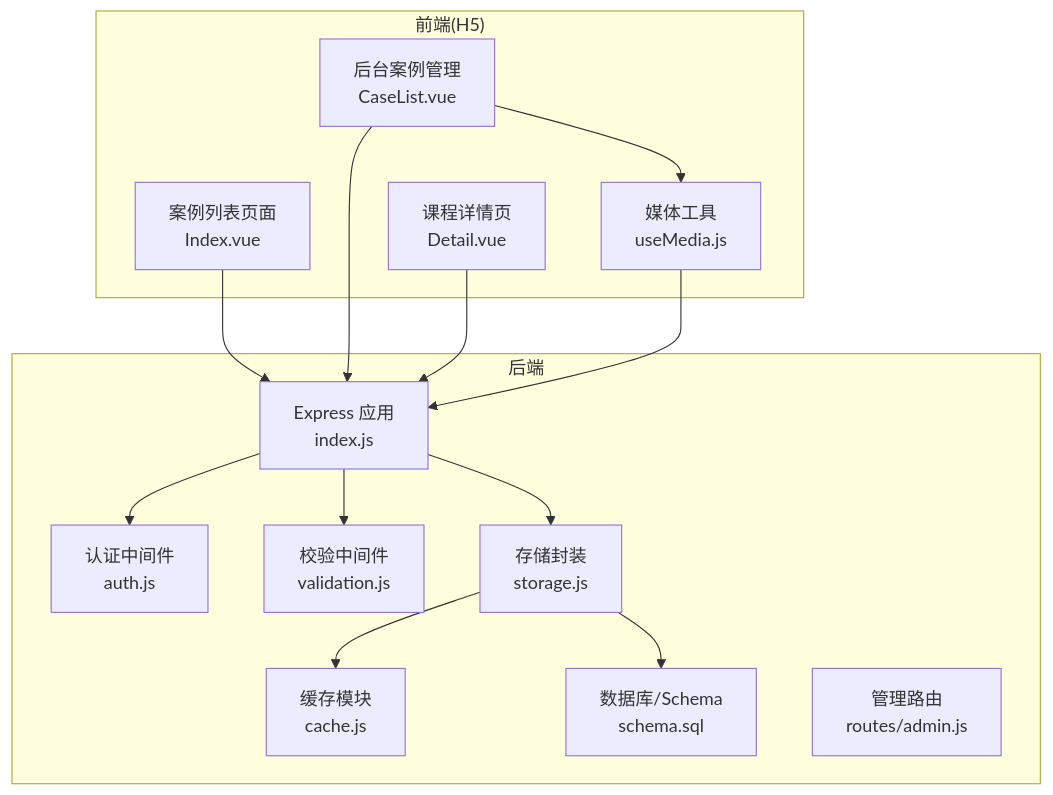
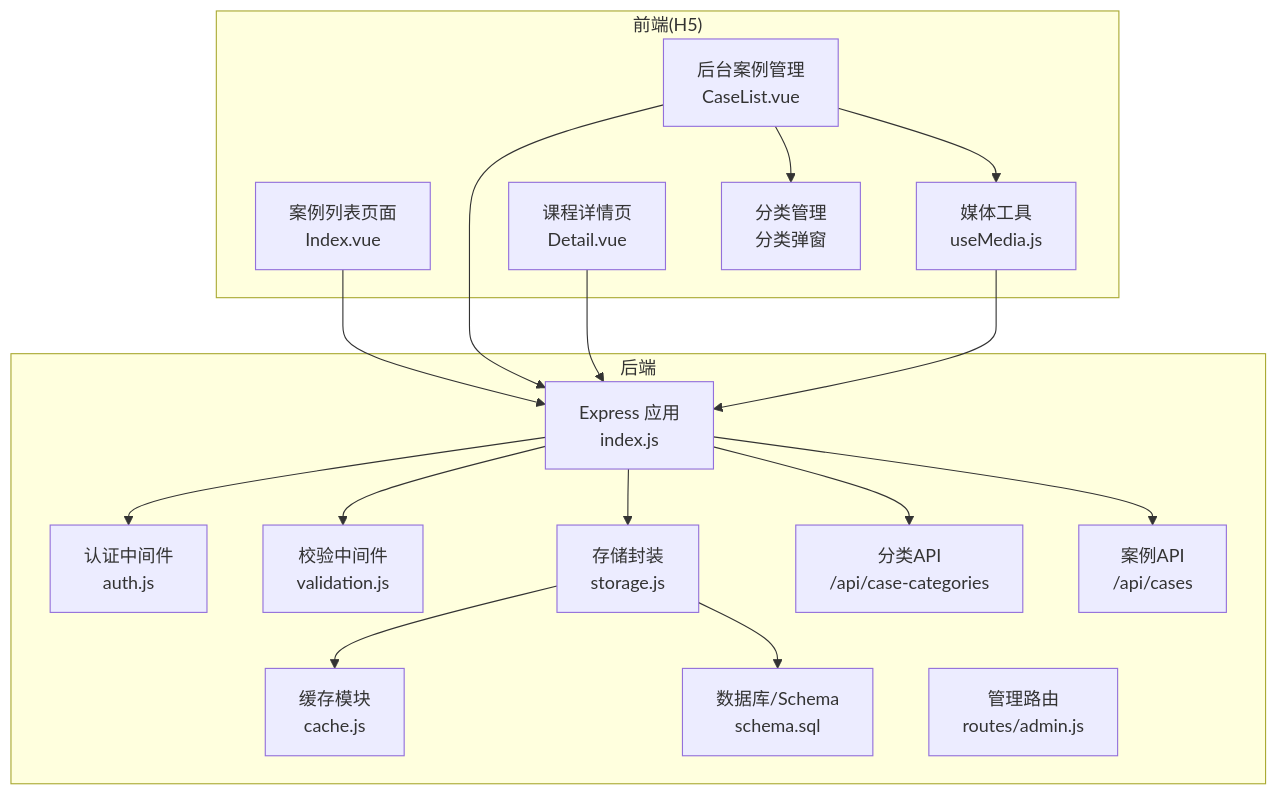
Before and after one commit to Giraffe-Han/microAPP: the first of 5 diagrams in .qoder/repowiki/zh/content/业务功能模块/案例展示系统.md, drawn with Mermaid. The commit also changed other lines of this file and 32 other files, not shown here.

````diff
--- a/.qoder/repowiki/zh/content/业务功能模块/案例展示系统.md
+++ b/.qoder/repowiki/zh/content/业务功能模块/案例展示系统.md
@@ -40,28 +51,34 @@
 ```mermaid
 graph TB
 subgraph "前端(H5)"
 CasesPage["案例列表页面<br/>Index.vue"]
 AdminCaseList["后台案例管理<br/>CaseList.vue"]
 MediaUtil["媒体工具<br/>useMedia.js"]
 StudyDetail["课程详情页<br/>Detail.vue"]
+CategoryManager["分类管理<br/>分类弹窗"]
 end
 subgraph "后端"
 API["Express 应用<br/>index.js"]
 AuthMW["认证中间件<br/>auth.js"]
 ValMW["校验中间件<br/>validation.js"]
 Store["存储封装<br/>storage.js"]
 Cache["缓存模块<br/>cache.js"]
 DB["数据库/Schema<br/>schema.sql"]
 AdminRoutes["管理路由<br/>routes/admin.js"]
+CategoryAPI["分类API<br/>/api/case-categories"]
+CaseAPI["案例API<br/>/api/cases"]
 end
 CasesPage --> API
 AdminCaseList --> API
 StudyDetail --> API
+AdminCaseList --> CategoryManager
 API --> AuthMW
 API --> ValMW
 API --> Store
+API --> CategoryAPI
+API --> CaseAPI
 Store --> Cache
 Store --> DB
 AdminCaseList --> MediaUtil
 MediaUtil --> API
 ```
````
